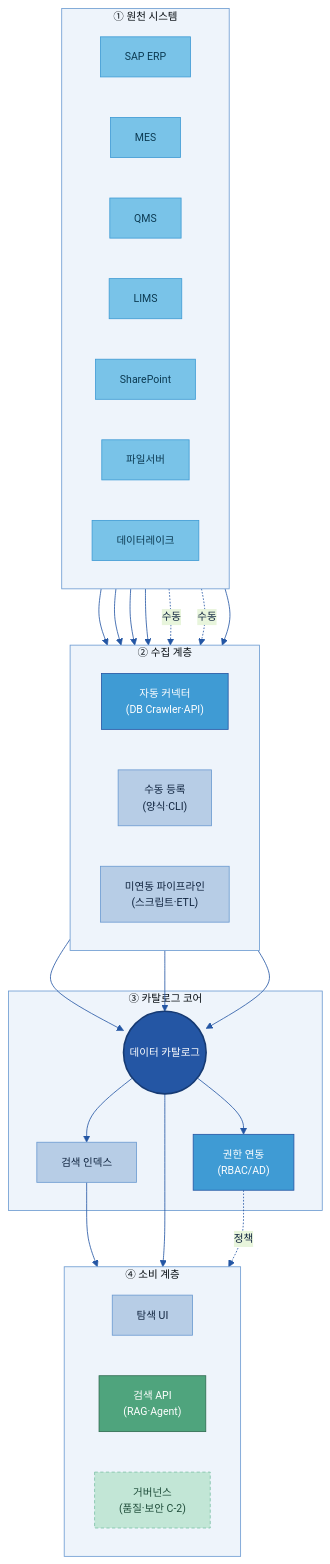
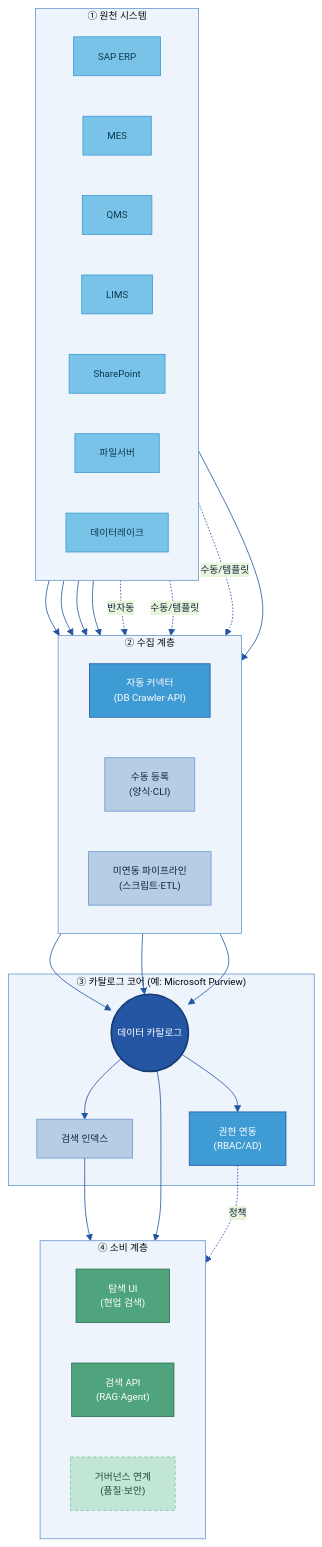
One commit to jin-kearney/ai-ready-data-manual changed the eighth of 12 diagrams in 가이드 작성/A-1 데이터 카탈로그/A-1 데이터 카탈로그.md. Above: the diagram before and after it, drawn with Mermaid. The commit also changed other lines of this file and 6 other files, not shown here.

````diff
--- a/가이드 작성/A-1 데이터 카탈로그/A-1 데이터 카탈로그.md
+++ b/가이드 작성/A-1 데이터 카탈로그/A-1 데이터 카탈로그.md
@@ -1140,47 +609,48 @@
 ```mermaid
-%%{init: {'theme':'base','themeVariables':{'primaryColor':'#DCE8F5','primaryBorderColor':'#2456A4','primaryTextColor':'#10243f','lineColor':'#2456A4','clusterBkg':'#EEF4FB','clusterBorder':'#6B9AD1','fontSize':'13px'}}}%%
+%%{init: {'theme':'base','themeVariables':{'primaryColor':'#DCE8F5','primaryBorderColor':'#2456A4','primaryTextColor':'#10243f','lineColor':'#2456A4','clusterBkg':'#EEF4FB','clusterBorder':'#6B9AD1','fontSize':'12px'}}}%%
 flowchart TB
     subgraph SRC["① 원천 시스템"]
         direction LR
         SAP["SAP ERP"]:::src
         MES["MES"]:::src
         QMS["QMS"]:::src
         LIMS["LIMS"]:::src
         SP["SharePoint"]:::src
         FS["파일서버"]:::src
         DL["데이터레이크"]:::src
     end
     subgraph COLL["② 수집 계층"]
         direction LR
         AUTO["자동 커넥터<br/>(DB Crawler·API)"]:::gate
         MAN["수동 등록<br/>(양식·CLI)"]:::n
         SCAN["미연동 파이프라인<br/>(스크립트·ETL)"]:::n
     end
-    subgraph CORE["③ 카탈로그 코어"]
+    subgraph CORE["③ 카탈로그 코어 (예: Microsoft Purview)"]
         CAT(("데이터 카탈로그")):::cat
         IDX["검색 인덱스"]:::n
         AUTH["권한 연동<br/>(RBAC/AD)"]:::gate
     end
     subgraph CONS["④ 소비 계층"]
         direction LR
-        WEB["탐색 UI"]:::n
+        WEB["탐색 UI<br/>(현업 검색)"]:::loop
         API["검색 API<br/>(RAG·Agent)"]:::loop
-        GOV["거버넌스<br/>(품질·보안 C-2)"]:::cross
+        GOV["거버넌스 연계<br/>(품질·보안)"]:::cross
     end
     SAP & MES & QMS & LIMS --> AUTO
-    SP & FS -.수동.-> MAN
+    SP -.반자동.-> AUTO
+    FS & DL -.수동/템플릿.-> MAN
     DL --> SCAN
     AUTO --> CAT
     MAN --> CAT
     SCAN --> CAT
     CAT --> IDX --> WEB
     CAT --> API
     CAT --> AUTH
     AUTH -.정책.-> GOV
     classDef n fill:#B7CDE6,stroke:#6B9AD1,color:#10243f;
     classDef src fill:#79C3E8,stroke:#3F9BD4,color:#0b3a52;
     classDef cat fill:#2456A4,color:#fff,stroke:#163a73,stroke-width:2px;
     classDef gate fill:#3F9BD4,stroke:#2456A4,color:#fff;
     classDef loop fill:#4FA47D,stroke:#2f6b50,color:#fff;
     classDef cross fill:#C2E6D6,stroke:#7CC2A7,color:#1f4d3a,stroke-dasharray:4 3;
 ```
````
